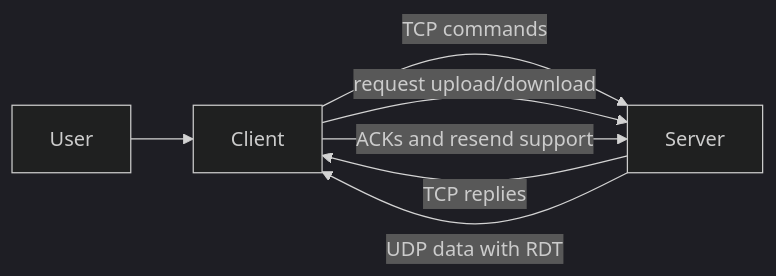
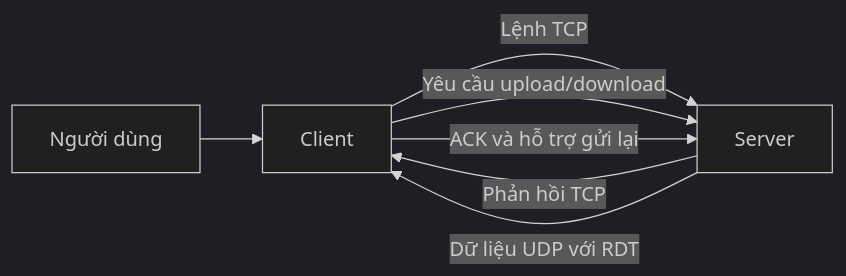
Before and after one commit to nguyenvuducduy97andrew-ai/ComputerNetwork_SocketProgramming: the diagram in ARCHITECTURE.md, drawn with Mermaid (dark theme). The commit also changed other lines of this file and 1 other file, not shown here.

Commit message:
Update architecture and README for clarity on Hybrid FTP application components and flow

````diff
--- a/ARCHITECTURE.md
+++ b/ARCHITECTURE.md
@@ -96,9 +96,9 @@
 ```mermaid
 flowchart LR
-	User[User] --> Client[Client]
-	Client -->|TCP commands| Server[Server]
-	Server -->|TCP replies| Client
-	Client -->|request upload/download| Server
-	Server -->|UDP data with RDT| Client
-	Client -->|ACKs and resend support| Server
+	NguoiDung[Người dùng] --> Client[Client]
+	Client -->|Lệnh TCP| Server[Server]
+	Server -->|Phản hồi TCP| Client
+	Client -->|Yêu cầu upload/download| Server
+	Server -->|Dữ liệu UDP với RDT| Client
+	Client -->|ACK và hỗ trợ gửi lại| Server
 ```
````
